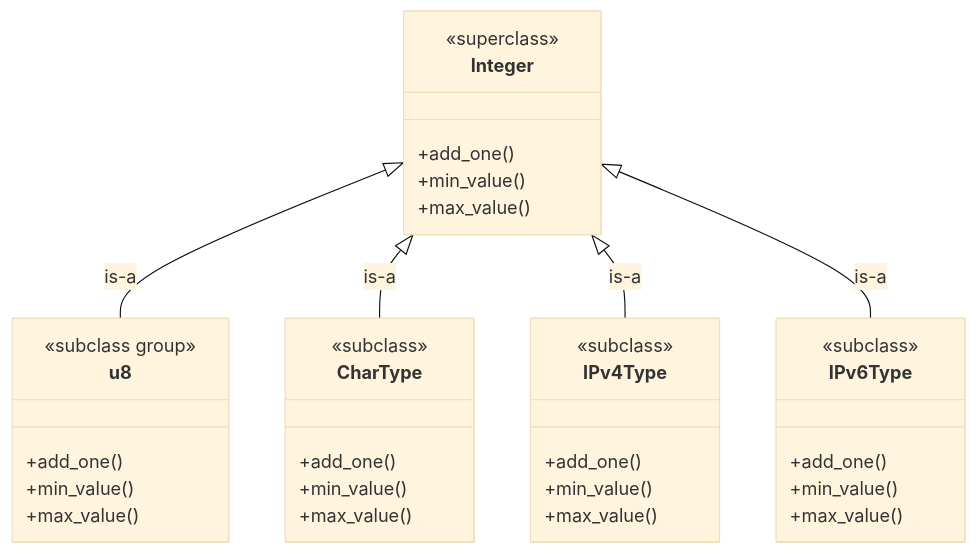
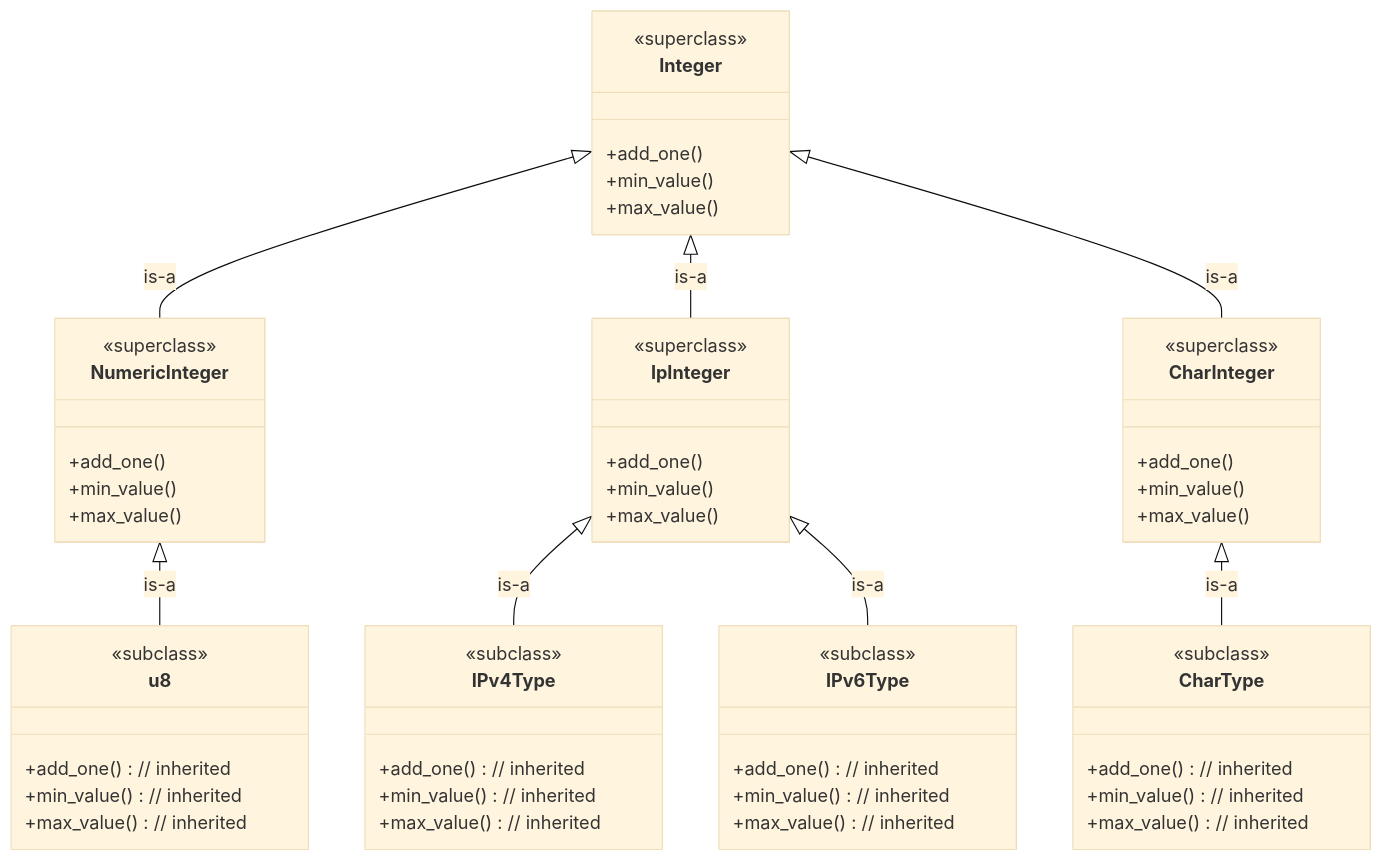
One commit to CarlKCarlK/inherit changed the diagram in examples/5_puzzle.md. Above: the diagram before and after it, drawn with Mermaid (base theme). The commit also changed other lines of this file and 13 other files, not shown here.

````diff
--- a/examples/5_puzzle.md
+++ b/examples/5_puzzle.md
@@ -5,44 +8,69 @@
 ```mermaid
 classDiagram
     direction TB
 
     class Integer {
         <<superclass>>
         +add_one()
         +min_value()
         +max_value()
     }
 
-    class u8 {
-        <<subclass group>>
+    class NumericInteger {
+        <<superclass>>
         +add_one()
         +min_value()
         +max_value()
     }
 
-    class CharType {
-        <<subclass>>
+    class IpInteger {
+        <<superclass>>
         +add_one()
         +min_value()
         +max_value()
     }
 
-    class IPv4Type {
-        <<subclass>>
+    class CharInteger {
+        <<superclass>>
         +add_one()
         +min_value()
         +max_value()
     }
 
+    class u8 {
+        <<subclass>>
+        +add_one() // inherited
+        +min_value() // inherited
+        +max_value() // inherited
+    }
+
+    class IPv4Type {
+        <<subclass>>
+        +add_one() // inherited
+        +min_value() // inherited
+        +max_value() // inherited
+    }
+
     class IPv6Type {
         <<subclass>>
-        +add_one()
-        +min_value()
-        +max_value()
+        +add_one() // inherited
+        +min_value() // inherited
+        +max_value() // inherited
     }
 
-    Integer <|-- u8 : is-a
-    Integer <|-- CharType : is-a
-    Integer <|-- IPv4Type : is-a
-    Integer <|-- IPv6Type : is-a
+    class CharType {
+        <<subclass>>
+        +add_one() // inherited
+        +min_value() // inherited
+        +max_value() // inherited
+    }
+
+    Integer <|-- NumericInteger : is-a
+    Integer <|-- IpInteger : is-a
+    Integer <|-- CharInteger : is-a
+
+    NumericInteger <|-- u8 : is-a
+    IpInteger <|-- IPv4Type : is-a
+    IpInteger <|-- IPv6Type : is-a
+    CharInteger <|-- CharType : is-a
 ```
````
